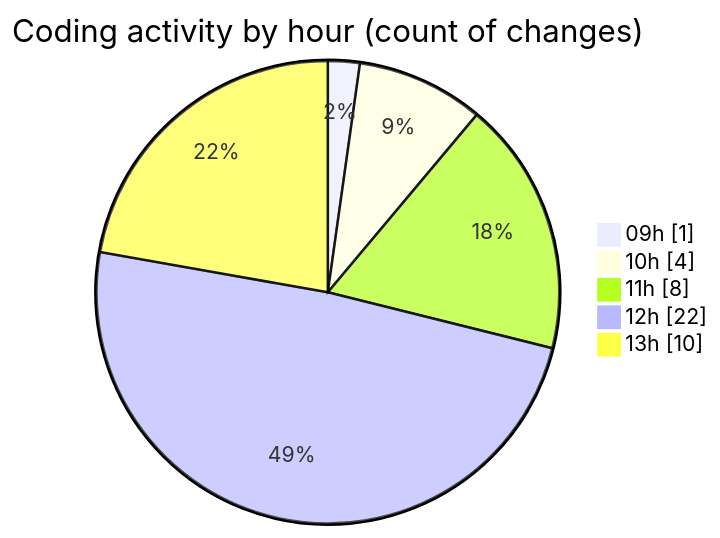
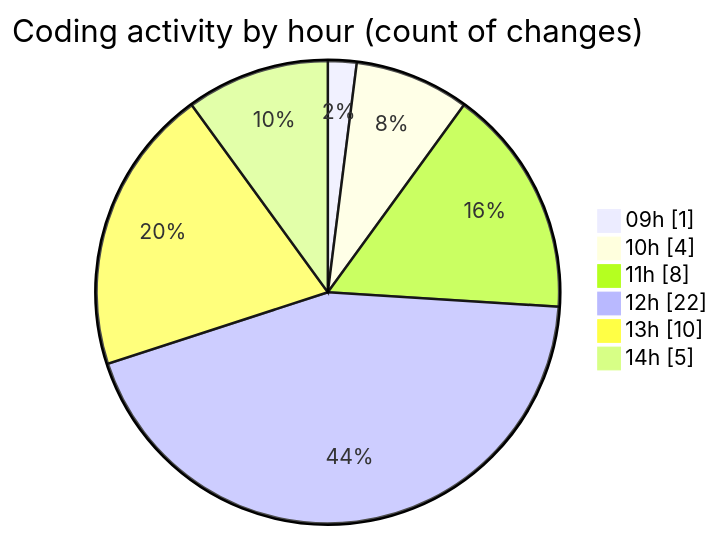
The second of 2 diagrams in 2025-10-21/cda/README.md (momahboobian/code-tracking), drawn with Mermaid before and after one commit. The commit also changed other lines of this file and 1 other file, not shown here.

````diff
--- a/2025-10-21/cda/README.md
+++ b/2025-10-21/cda/README.md
@@ -41,9 +41,10 @@
 ```mermaid
 pie showData
 title Coding activity by hour (count of changes)
 "09h" : 1
 "10h" : 4
 "11h" : 8
 "12h" : 22
 "13h" : 10
+"14h" : 5
 ```
````
